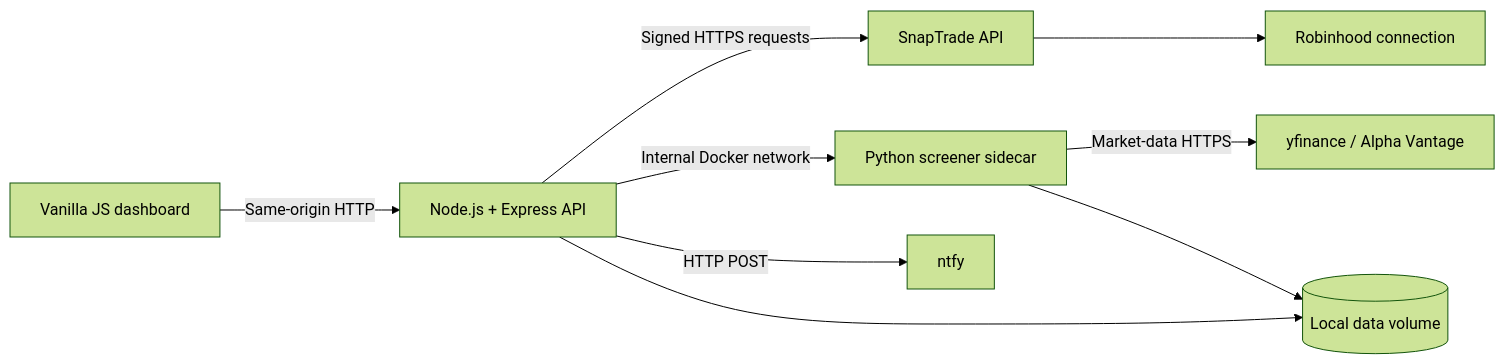
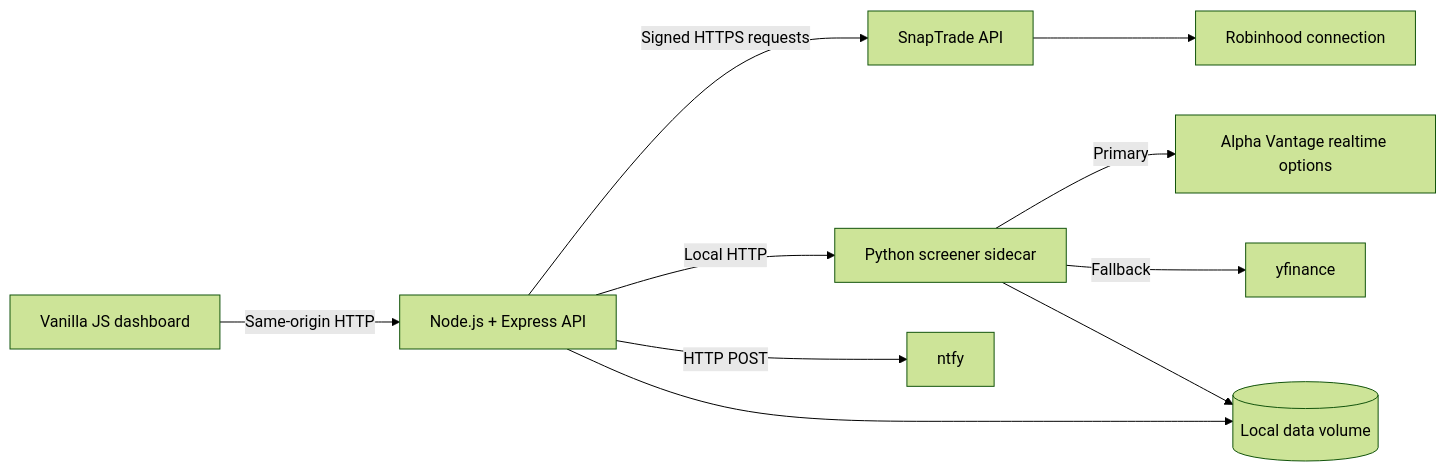
The diagram in README.md (asadhusain97/wheely_nilly), drawn with Mermaid (forest theme) before and after one commit. The commit also changed other lines of this file and 18 other files, not shown here.

````diff
--- a/README.md
+++ b/README.md
@@ -9,11 +27,12 @@
 ```mermaid
 flowchart LR
     Browser[Vanilla JS dashboard] -->|Same-origin HTTP| Node[Node.js + Express API]
     Node -->|Signed HTTPS requests| SnapTrade[SnapTrade API]
     SnapTrade --> Robinhood[Robinhood connection]
-    Node -->|Internal Docker network| Python[Python screener sidecar]
-    Python -->|Market-data HTTPS| Provider[yfinance / Alpha Vantage]
+    Node -->|Local HTTP| Python[Python screener sidecar]
+    Python -->|Primary| Alpha[Alpha Vantage realtime options]
+    Python -->|Fallback| Yahoo[yfinance]
     Node -->|HTTP POST| Ntfy[ntfy]
     Node --> Data[(Local data volume)]
     Python --> Data
 ```
````
